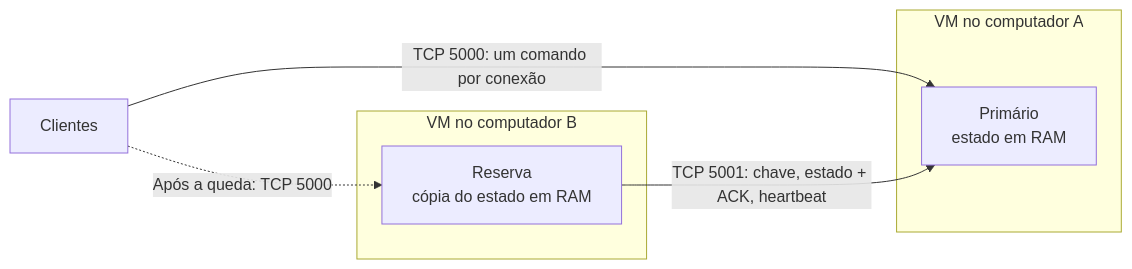
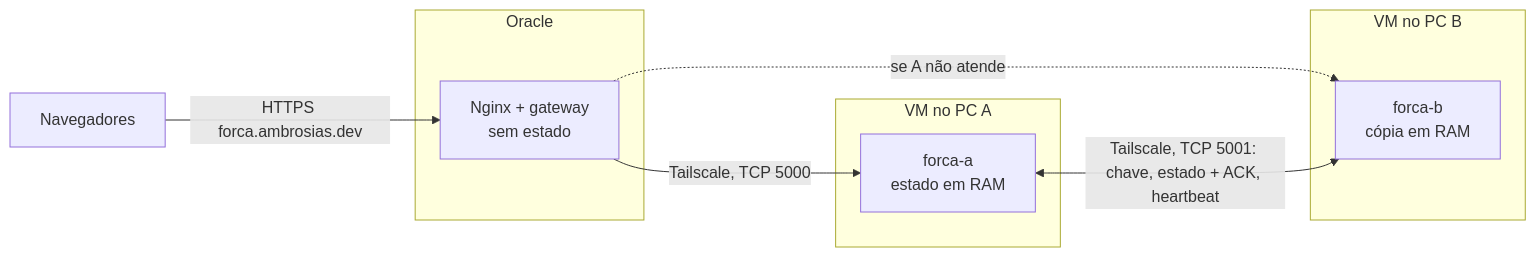
The diagram in ARCHITECTURE.md (CaioA34/forca-sistemas-distribuidos), drawn with Mermaid before and after one commit. The commit also changed other lines of this file and 28 other files, not shown here.

First line of the commit message:
Gateway web, papéis dinâmicos e implantação com Tailscale

````diff
--- a/ARCHITECTURE.md
+++ b/ARCHITECTURE.md
@@ -23,12 +22,16 @@
 ```mermaid
 flowchart LR
-    C[Clientes] -->|TCP 5000: um comando por conexão| P
-    C -.->|Após a queda: TCP 5000| R
-    subgraph VM_A[VM no computador A]
-        P[Primário<br/>estado em RAM]
+    N[Navegadores] -->|HTTPS forca.ambrosias.dev| G
+    subgraph Oracle
+        G[Nginx + gateway<br/>sem estado]
     end
-    subgraph VM_B[VM no computador B]
-        R[Reserva<br/>cópia do estado em RAM]
+    G -->|Tailscale, TCP 5000| A
+    G -.->|se A não atende| B
+    subgraph PC_A[VM no PC A]
+        A[forca-a<br/>estado em RAM]
     end
-    R -->|TCP 5001: chave, estado + ACK, heartbeat| P
+    subgraph PC_B[VM no PC B]
+        B[forca-b<br/>cópia em RAM]
+    end
+    A <-->|Tailscale, TCP 5001: chave, estado + ACK, heartbeat| B
 ```
````
